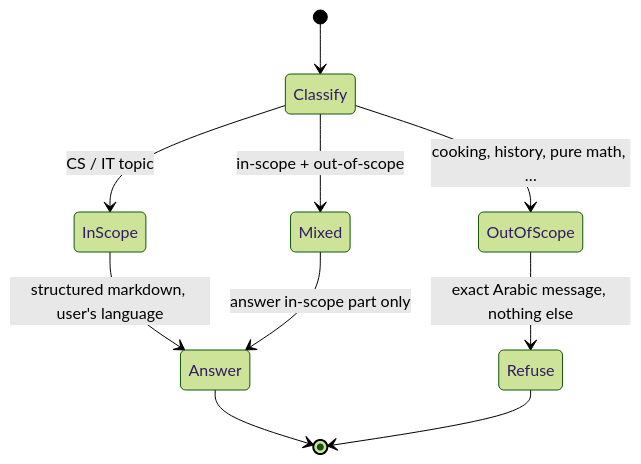
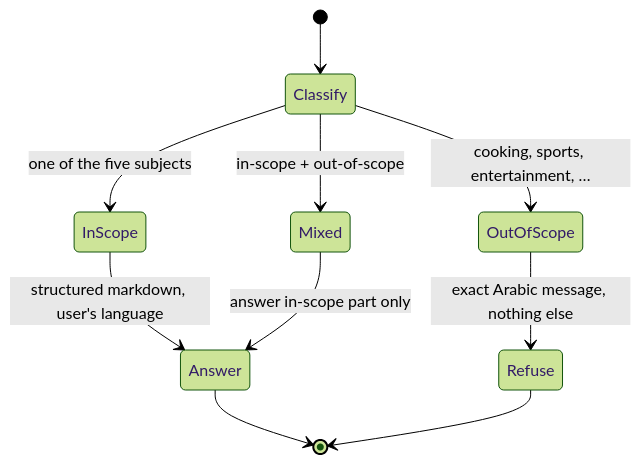
One commit to FerasAlkhodari/Waaie changed the second of 3 diagrams in docs/ARCHITECTURE.md. Above: the diagram before and after it, drawn with Mermaid (forest theme). The commit also changed other lines of this file and 19 other files, not shown here.

````diff
--- a/docs/ARCHITECTURE.md
+++ b/docs/ARCHITECTURE.md
@@ -152,12 +152,12 @@
 ```mermaid
 stateDiagram-v2
     [*] --> Classify
-    Classify --> InScope: CS / IT topic
-    Classify --> OutOfScope: cooking, history, pure math, …
+    Classify --> InScope: one of the five subjects
+    Classify --> OutOfScope: cooking, sports, entertainment, …
     Classify --> Mixed: in-scope + out-of-scope
     InScope --> Answer: structured markdown, user's language
     Mixed --> Answer: answer in-scope part only
     OutOfScope --> Refuse: exact Arabic message, nothing else
     Answer --> [*]
     Refuse --> [*]
 ```
````
